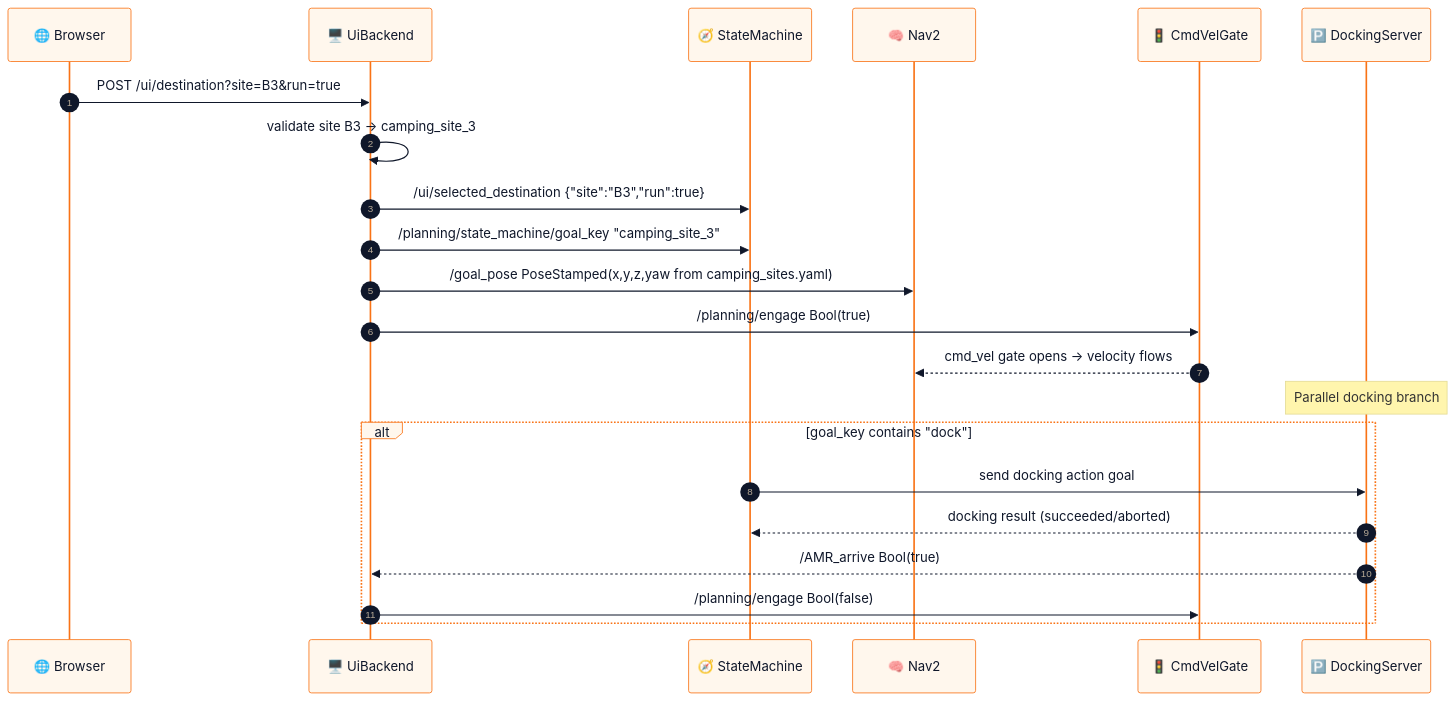
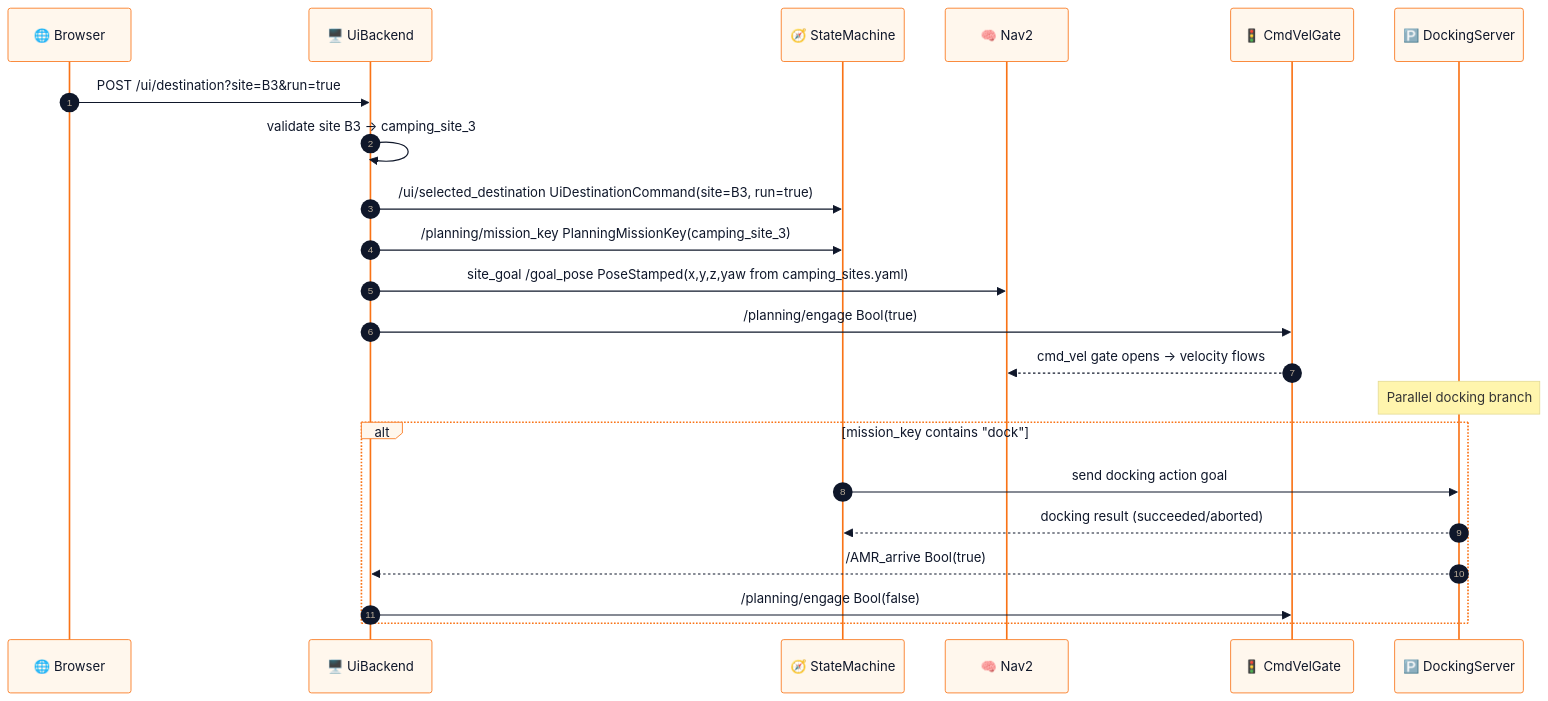
One commit to hwanhonglee/CAMROD changed the third of 5 diagrams in camrod_ui/README.md. Above: the diagram before and after it, drawn with Mermaid. The commit also changed other lines of this file and 184 other files, not shown here.

````diff
--- a/camrod_ui/README.md
+++ b/camrod_ui/README.md
@@ -115,27 +123,27 @@
 ```mermaid
 %%{init: {'theme': 'base', 'themeVariables': {'fontFamily': 'ui-sans-serif, system-ui, sans-serif', 'fontSize': '14px', 'primaryColor': '#FFF7ED', 'primaryTextColor': '#0F172A', 'primaryBorderColor': '#F97316', 'lineColor': '#475569'}}}%%
 sequenceDiagram
   autonumber
   participant Browser as 🌐 Browser
   participant Backend as 🖥️ UiBackend
   participant SM as 🧭 StateMachine
   participant Nav2 as 🧠 Nav2
   participant Gate as 🚦 CmdVelGate
   participant Dock as 🅿️ DockingServer
 
   Browser->>Backend: POST /ui/destination?site=B3&run=true
   Backend->>Backend: validate site B3 → camping_site_3
-  Backend->>SM: /ui/selected_destination {"site":"B3","run":true}
-  Backend->>SM: /planning/state_machine/goal_key "camping_site_3"
-  Backend->>Nav2: /goal_pose PoseStamped(x,y,z,yaw from camping_sites.yaml)
+  Backend->>SM: /ui/selected_destination UiDestinationCommand(site=B3, run=true)
+  Backend->>SM: /planning/mission_key PlanningMissionKey(camping_site_3)
+  Backend->>Nav2: site_goal /goal_pose PoseStamped(x,y,z,yaw from camping_sites.yaml)
   Backend->>Gate: /planning/engage Bool(true)
   Gate-->>Nav2: cmd_vel gate opens → velocity flows
 
   Note over Dock: Parallel docking branch
-  alt goal_key contains "dock"
+  alt mission_key contains "dock"
     SM->>Dock: send docking action goal
     Dock-->>SM: docking result (succeeded/aborted)
     Dock-->>Backend: /AMR_arrive Bool(true)
     Backend->>Gate: /planning/engage Bool(false)
   end
 ```
````
